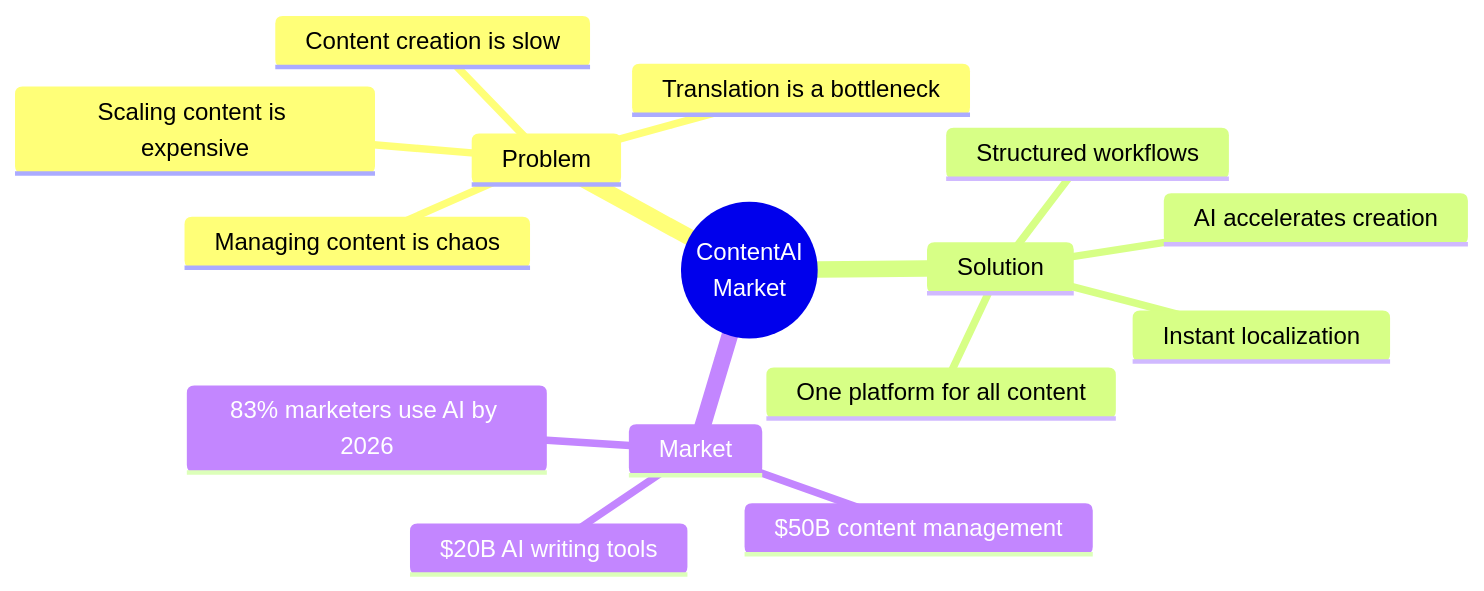
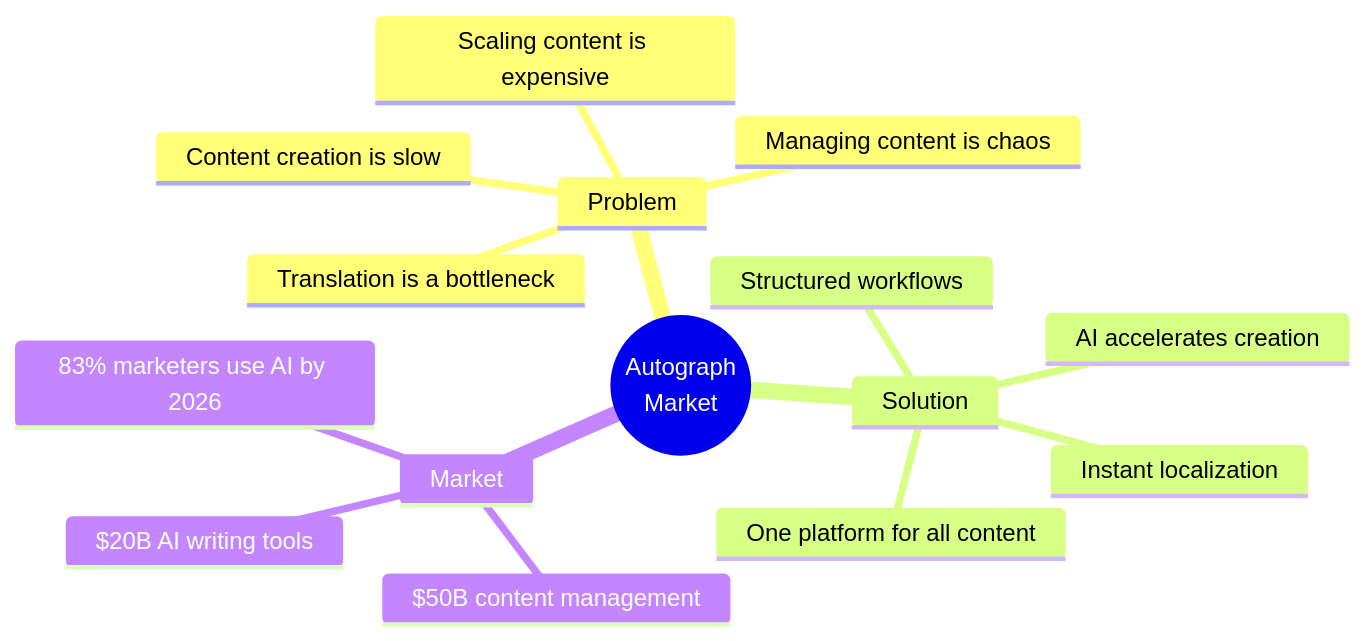
Before and after one commit to PearlThoughtsInternship/Internship-Obsidian-Vault: the second of 7 diagrams in DevOps/01-Product/01-Vision.md, drawn with Mermaid. The commit also changed other lines of this file and 1 other file, not shown here.

First line of the commit message:
rebrand: Product Vision + Security with Autograph context

````diff
--- a/DevOps/01-Product/01-Vision.md
+++ b/DevOps/01-Product/01-Vision.md
@@ -60,18 +60,18 @@
 ```mermaid
 mindmap
-  root((ContentAI<br/>Market))
+  root((Autograph<br/>Market))
     Problem
       Content creation is slow
       Scaling content is expensive
       Managing content is chaos
       Translation is a bottleneck
     Solution
       AI accelerates creation
       One platform for all content
       Structured workflows
       Instant localization
     Market
       $50B content management
       $20B AI writing tools
       83% marketers use AI by 2026
 ```
````
